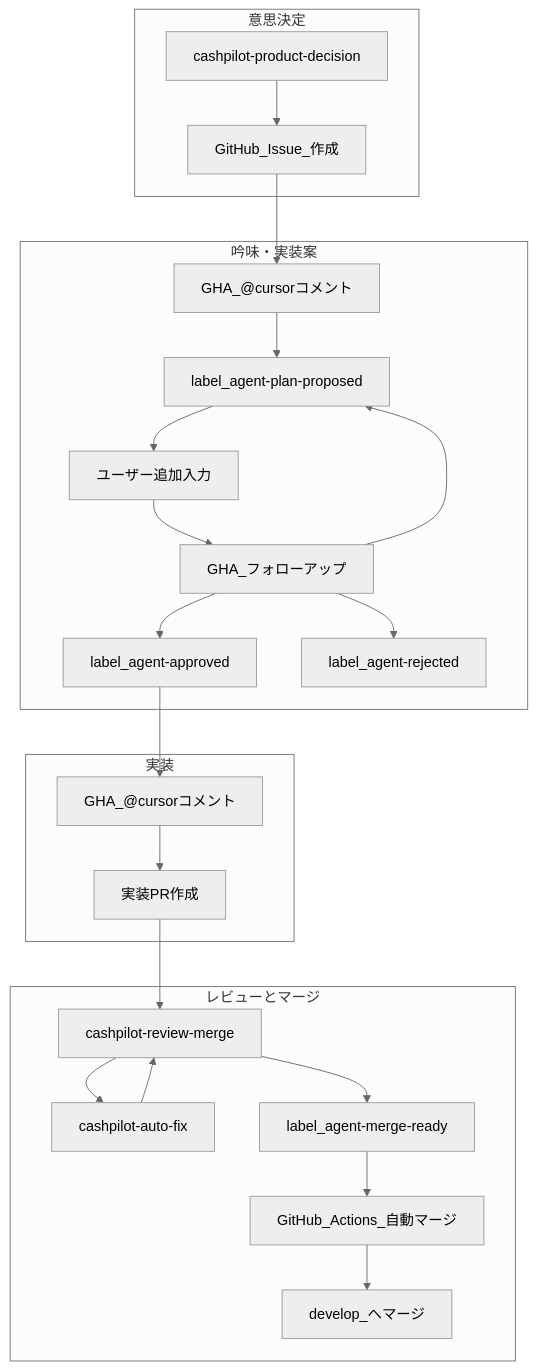
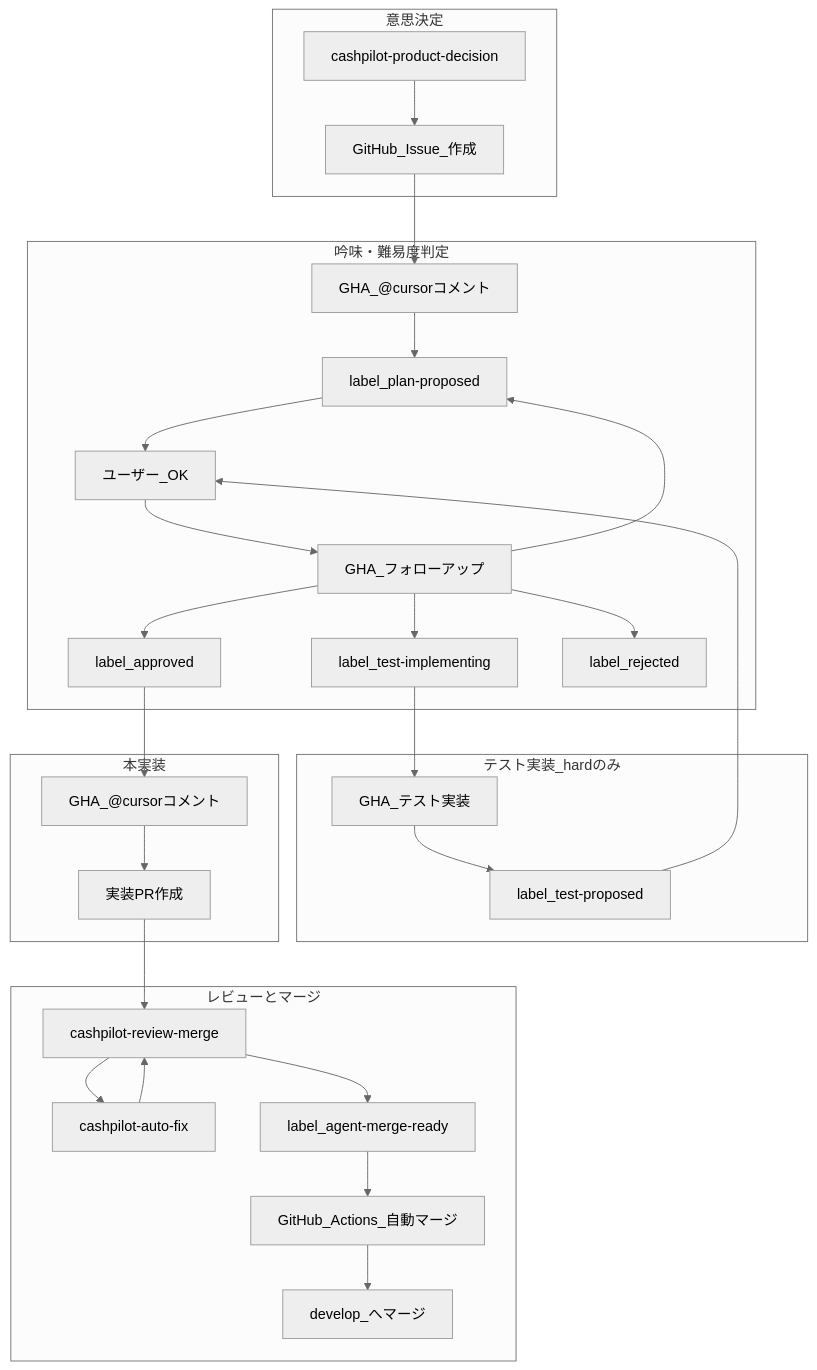
The diagram in docs/cursor-automations/autonomous-org.md (shohei-inoue/cashpilot), drawn with Mermaid (neutral theme) before and after one commit. The commit also changed other lines of this file and 8 other files, not shown here.

````diff
--- a/docs/cursor-automations/autonomous-org.md
+++ b/docs/cursor-automations/autonomous-org.md
@@ -8,35 +8,43 @@
 ```mermaid
 flowchart TB
     subgraph decision [意思決定]
         PD["cashpilot-product-decision"]
         PD --> Issue["GitHub_Issue_作成"]
     end
 
-    subgraph deliberation [吟味・実装案]
+    subgraph deliberation [吟味・難易度判定]
         GHA_DL["GHA_@cursorコメント"]
         Issue --> GHA_DL
-        GHA_DL --> LabelPlan["label_agent-plan-proposed"]
-        LabelPlan --> UserInput["ユーザー追加入力"]
+        GHA_DL --> LabelPlan["label_plan-proposed"]
+        LabelPlan --> UserInput["ユーザー_OK"]
         UserInput --> GHA_FU["GHA_フォローアップ"]
-        GHA_FU --> LabelApproved["label_agent-approved"]
+        GHA_FU --> LabelApproved["label_approved"]
+        GHA_FU --> TestImpl["label_test-implementing"]
         GHA_FU --> LabelPlan
-        GHA_FU --> LabelRejected["label_agent-rejected"]
+        GHA_FU --> LabelRejected["label_rejected"]
     end
 
-    subgraph implementation [実装]
+    subgraph testImpl [テスト実装_hardのみ]
+        GHA_TEST["GHA_テスト実装"]
+        TestImpl --> GHA_TEST
+        GHA_TEST --> LabelTestDone["label_test-proposed"]
+        LabelTestDone --> UserInput
+    end
+
+    subgraph implementation [本実装]
         GHA_IM["GHA_@cursorコメント"]
         LabelApproved --> GHA_IM
         GHA_IM --> PR["実装PR作成"]
     end
 
     subgraph reviewMerge [レビューとマージ]
         RM["cashpilot-review-merge"]
         AF["cashpilot-auto-fix"]
         PR --> RM
         RM --> AF
         AF --> RM
         RM --> MergeReady["label_agent-merge-ready"]
         MergeReady --> GHA["GitHub_Actions_自動マージ"]
         GHA --> Develop["develop_へマージ"]
     end
 ```
````
